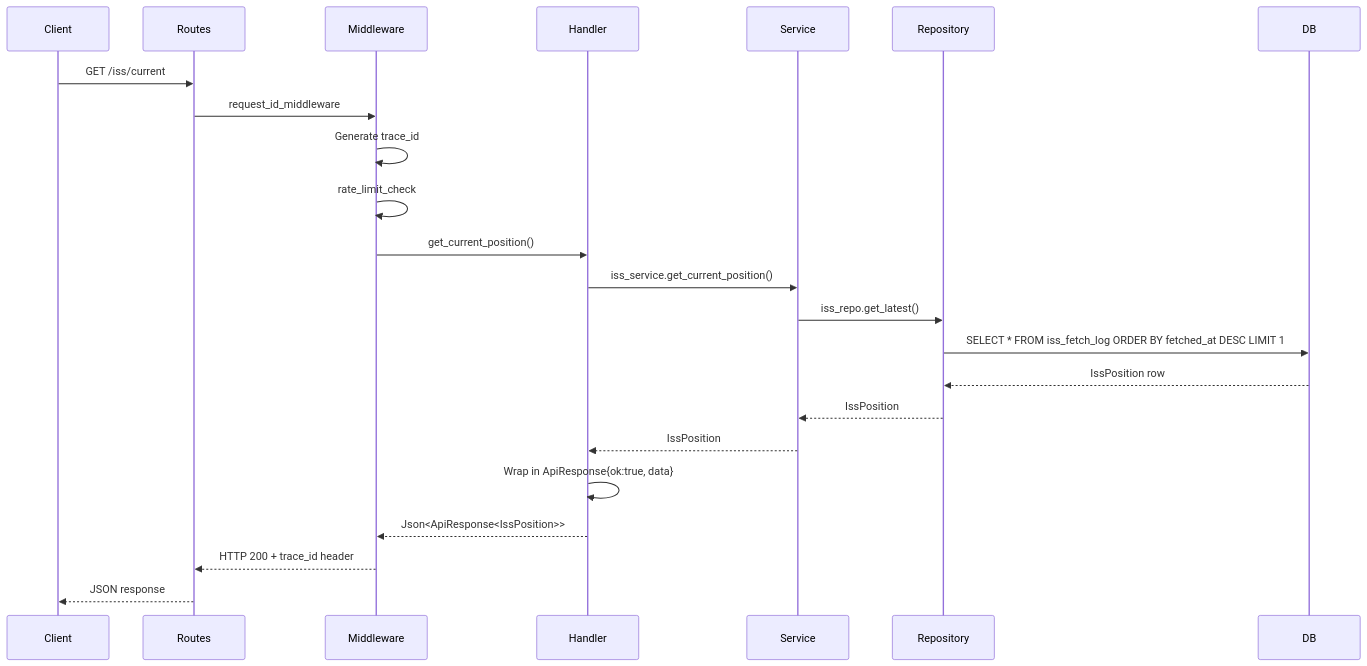
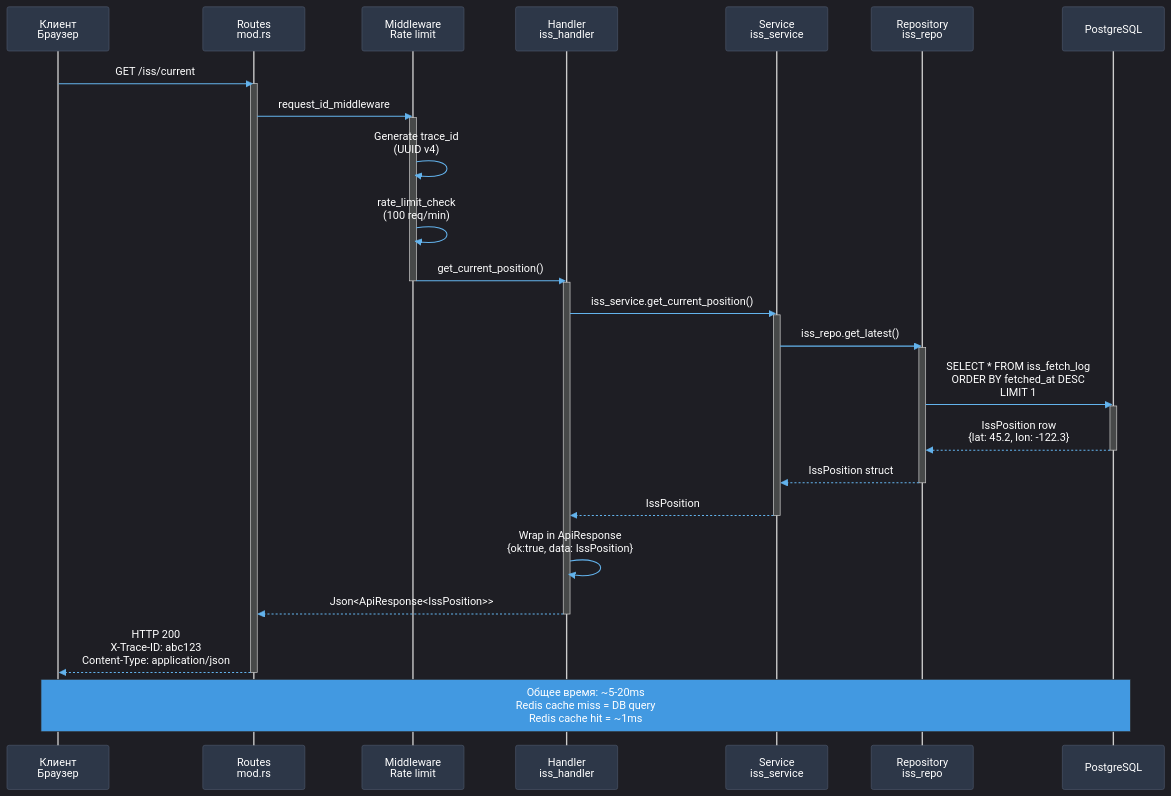
The third of 13 diagrams in ARCHITECTURE_DIAGRAMS.md (Tuns2000/PR-3), drawn with Mermaid before and after one commit. The commit also changed other lines of this file, not shown here.

````diff
--- a/ARCHITECTURE_DIAGRAMS.md
+++ b/ARCHITECTURE_DIAGRAMS.md
@@ -101,26 +145,47 @@
 ```mermaid
+%%{init: {'theme':'dark', 'themeVariables': { 'fontSize':'15px', 'actorBkg':'#2d3748', 'actorBorder':'#4a5568', 'actorTextColor':'#fff', 'signalColor':'#63b3ed', 'signalTextColor':'#fff', 'labelBoxBkgColor':'#2d3748', 'labelBoxBorderColor':'#4a5568', 'labelTextColor':'#fff', 'noteBkgColor':'#4299e1', 'noteTextColor':'#fff'}}}%%
 sequenceDiagram
-    participant Client
-    participant Routes
-    participant Middleware
-    participant Handler
-    participant Service
-    participant Repository
-    participant DB
+    participant Client as  Клиент<br/>Браузер
+    participant Routes as  Routes<br/>mod.rs
+    participant MW as  Middleware<br/>Rate limit
+    participant Handler as  Handler<br/>iss_handler
+    participant Service as  Service<br/>iss_service
+    participant Repo as  Repository<br/>iss_repo
+    participant DB as  PostgreSQL
     
     Client->>Routes: GET /iss/current
-    Routes->>Middleware: request_id_middleware
-    Middleware->>Middleware: Generate trace_id
-    Middleware->>Middleware: rate_limit_check
-    Middleware->>Handler: get_current_position()
+    activate Routes
+    Routes->>MW: request_id_middleware
+    activate MW
+    MW->>MW:  Generate trace_id<br/>(UUID v4)
+    MW->>MW:  rate_limit_check<br/>(100 req/min)
+    MW->>Handler: get_current_position()
+    deactivate MW
+    activate Handler
+    
     Handler->>Service: iss_service.get_current_position()
-    Service->>Repository: iss_repo.get_latest()
-    Repository->>DB: SELECT * FROM iss_fetch_log ORDER BY fetched_at DESC LIMIT 1
-    DB-->>Repository: IssPosition row
-    Repository-->>Service: IssPosition
+    activate Service
+    
+    Service->>Repo: iss_repo.get_latest()
+    activate Repo
+    
+    Repo->>DB: SELECT * FROM iss_fetch_log<br/>ORDER BY fetched_at DESC<br/>LIMIT 1
+    activate DB
+    DB-->>Repo:  IssPosition row<br/>{lat: 45.2, lon: -122.3}
+    deactivate DB
+    
+    Repo-->>Service: IssPosition struct
+    deactivate Repo
+    
     Service-->>Handler: IssPosition
-    Handler->>Handler: Wrap in ApiResponse{ok:true, data}
-    Handler-->>Middleware: Json<ApiResponse<IssPosition>>
-    Middleware-->>Routes: HTTP 200 + trace_id header
-    Routes-->>Client: JSON response
+    deactivate Service
+    
+    Handler->>Handler:  Wrap in ApiResponse<br/>{ok:true, data: IssPosition}
+    Handler-->>Routes: Json<ApiResponse<IssPosition>>
+    deactivate Handler
+    
+    Routes-->>Client:  HTTP 200<br/>X-Trace-ID: abc123<br/>Content-Type: application/json
+    deactivate Routes
+    
+    Note over Client,DB:  Общее время: ~5-20ms<br/> Redis cache miss = DB query<br/> Redis cache hit = ~1ms
 ```
````
